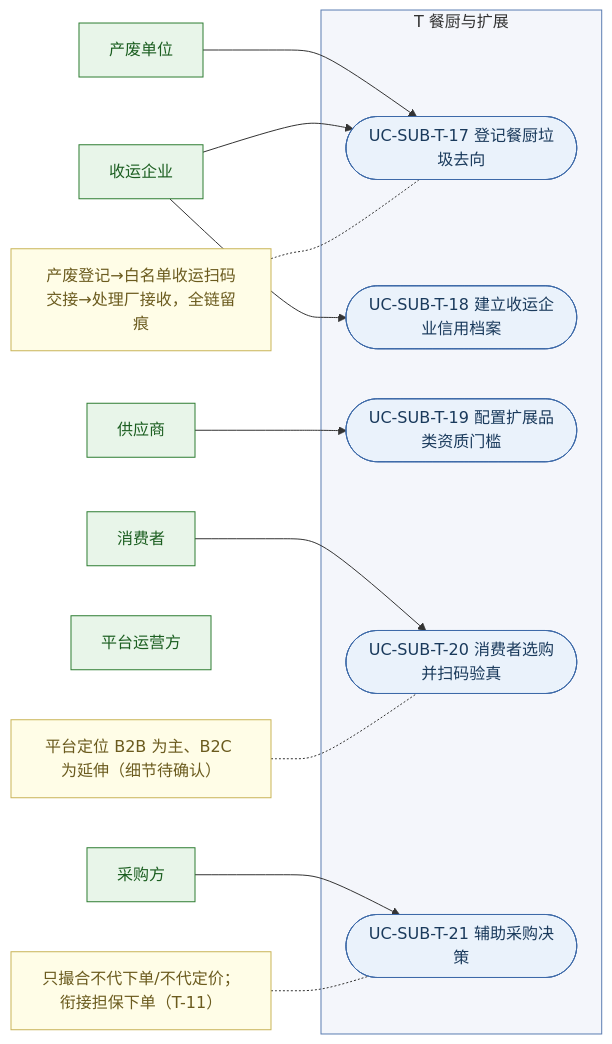
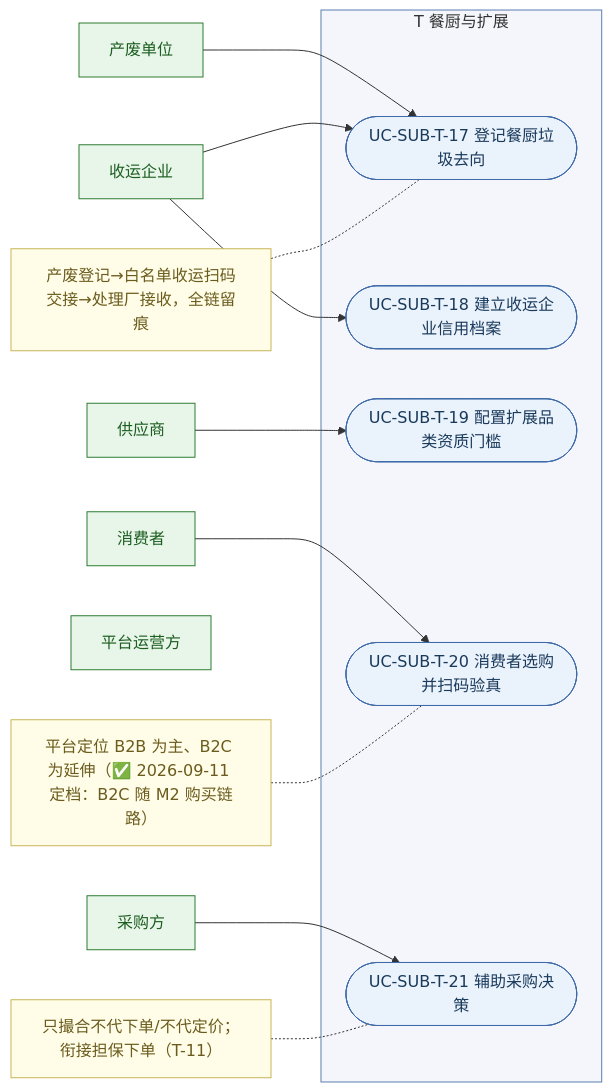
One commit to jzywm/Livelihood-Platform changed the diagram in docs/design/用例图/mermaid/03-子系统用例图/T-餐厨与扩展.md. Above: the diagram before and after it, drawn with Mermaid. The commit also changed 95 other files, not shown here.

````diff
--- a/docs/design/用例图/mermaid/03-子系统用例图/T-餐厨与扩展.md
+++ b/docs/design/用例图/mermaid/03-子系统用例图/T-餐厨与扩展.md
@@ -5,38 +5,38 @@
 ```mermaid
 flowchart LR
     %% 民生甄选 · 子系统用例图 · T 餐厨与扩展（UC-SUB-T-17 ~ T-21）
     classDef actor fill:#E8F5E9,stroke:#2E7D32,color:#1B5E20;
     classDef uc fill:#EAF2FB,stroke:#3E6AA8,color:#1A3A5C;
     classDef note fill:#FFFDE7,stroke:#C9B458,color:#6B5B1E;
 
     WASTEUNIT["产废单位"]:::actor
     COLLECTOR["收运企业"]:::actor
     SUPPLIER["供应商"]:::actor
     BUYER["采购方"]:::actor
     CONSUMER["消费者"]:::actor
     OPER["平台运营方"]:::actor
 
     subgraph SUB["T 餐厨与扩展"]
         T17(["UC-SUB-T-17 登记餐厨垃圾去向"]):::uc
         T18(["UC-SUB-T-18 建立收运企业信用档案"]):::uc
         T19(["UC-SUB-T-19 配置扩展品类资质门槛"]):::uc
         T20(["UC-SUB-T-20 消费者选购并扫码验真"]):::uc
         T21(["UC-SUB-T-21 辅助采购决策"]):::uc
     end
 
     WASTEUNIT --> T17
     COLLECTOR --> T17
     COLLECTOR --> T18
     SUPPLIER --> T19
     CONSUMER --> T20
     BUYER --> T21
 
     NOTE1["产废登记→白名单收运扫码交接→处理厂接收，全链留痕"]:::note
     NOTE1 -.- T17
-    NOTE2["平台定位 B2B 为主、B2C 为延伸（细节待确认）"]:::note
+    NOTE2["平台定位 B2B 为主、B2C 为延伸（✅ 2026-09-11 定档：B2C 随 M2 购买链路）"]:::note
     NOTE2 -.- T20
     NOTE3["只撮合不代下单/不代定价；衔接担保下单（T-11）"]:::note
     NOTE3 -.- T21
 
     style SUB fill:#F4F6FB,stroke:#5B7DB1
 ```
````
